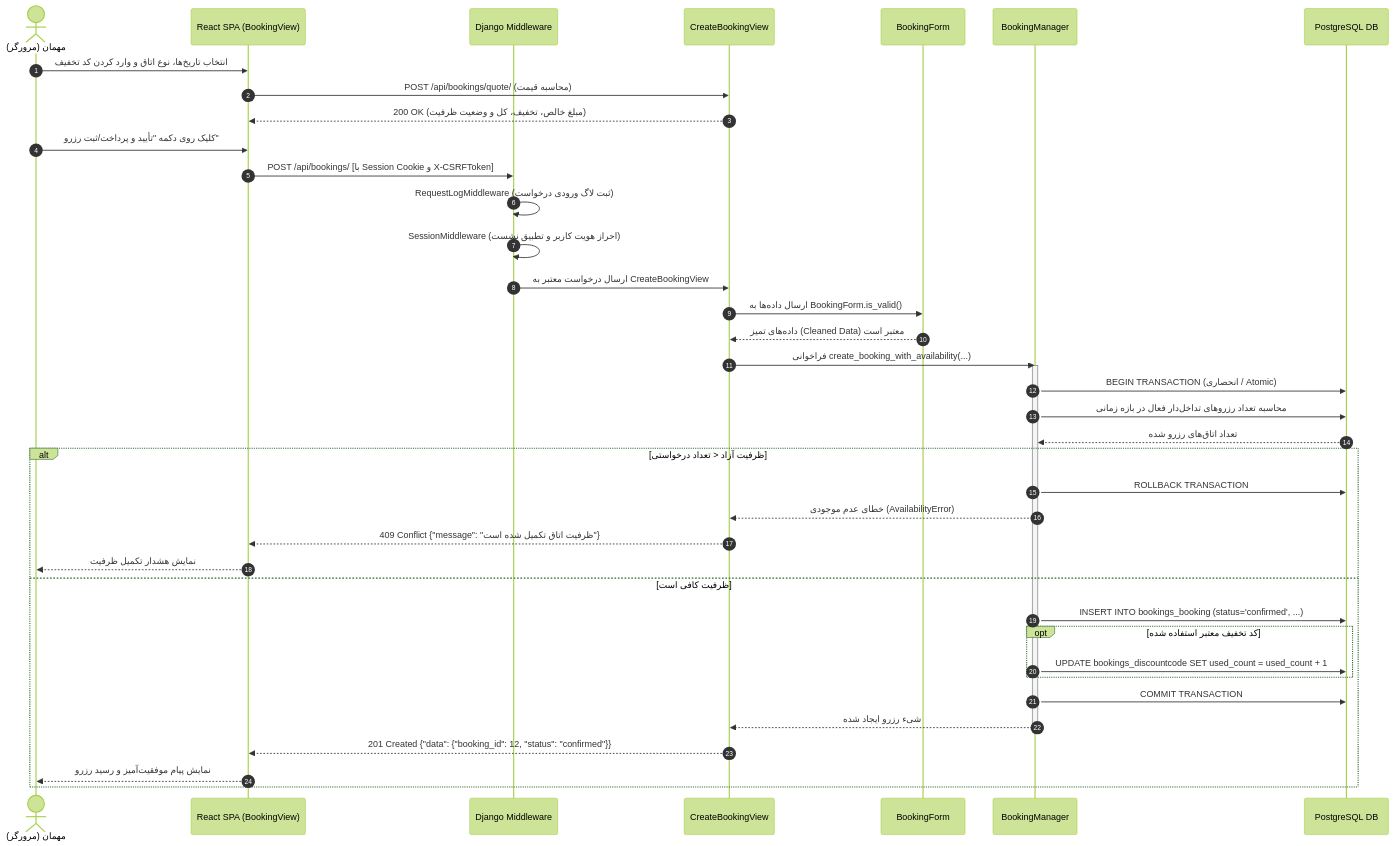
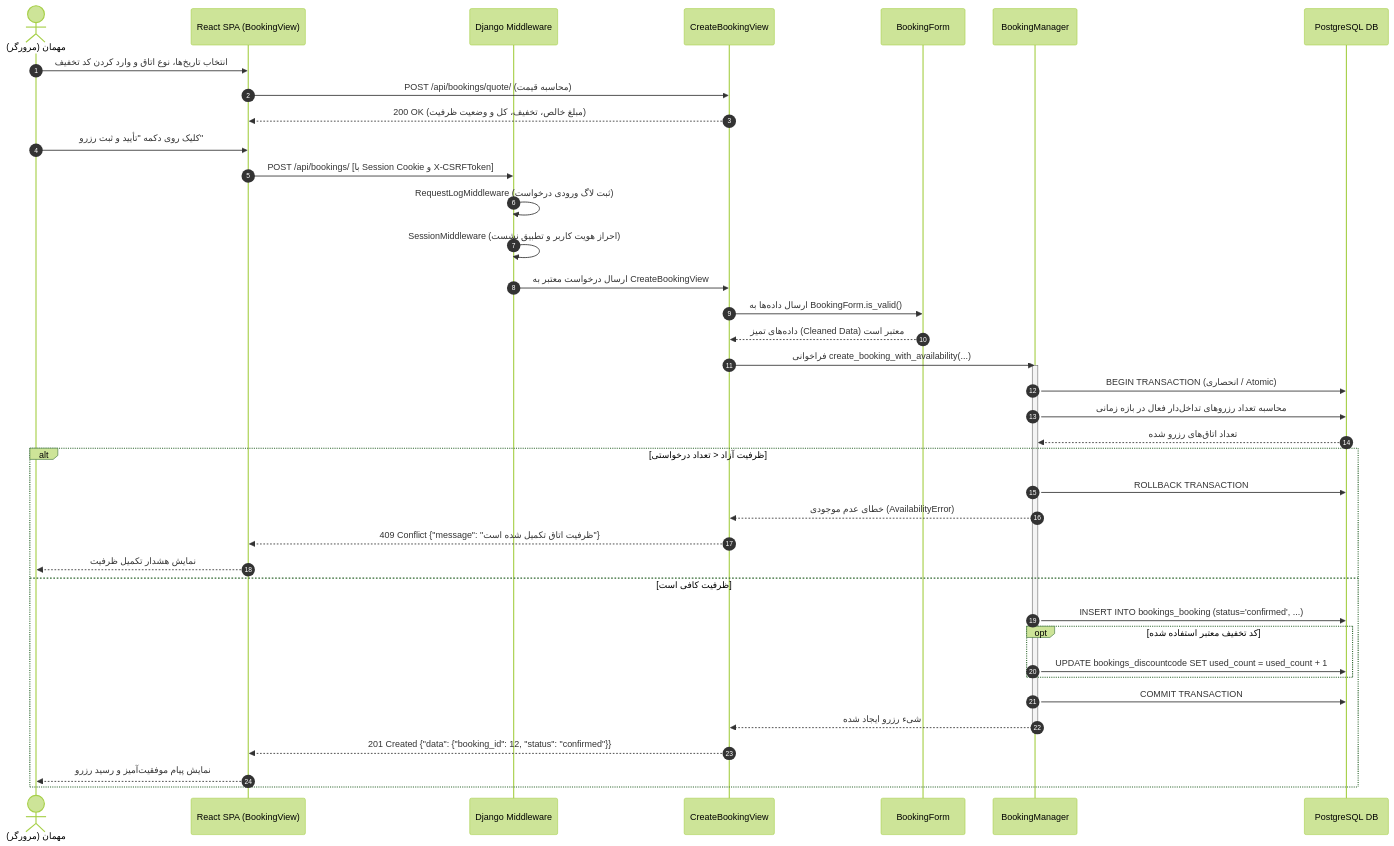
The sixth of 7 diagrams in docs/PROCESS_DIAGRAMS.md (Amirmohammad-sl/hotel-reserve), drawn with Mermaid (forest theme) before and after one commit. The commit also changed other lines of this file and 14 other files, not shown here.

First line of the commit message:
[P1-02] Align process diagrams with professor rubric (#17)

````diff
--- a/docs/PROCESS_DIAGRAMS.md
+++ b/docs/PROCESS_DIAGRAMS.md
@@ -203,43 +448,43 @@
 ```mermaid
 sequenceDiagram
     autonumber
     actor Guest as مهمان (مرورگر)
     participant UI as React SPA (BookingView)
     participant MW as Django Middleware
     participant View as CreateBookingView
     participant Form as BookingForm
     participant Manager as BookingManager
     participant DB as PostgreSQL DB
 
     Guest->>UI: انتخاب تاریخ‌ها، نوع اتاق و وارد کردن کد تخفیف
     UI->>View: POST /api/bookings/quote/ (محاسبه قیمت)
     View-->>UI: 200 OK (مبلغ خالص، تخفیف، کل و وضعیت ظرفیت)
-    Guest->>UI: کلیک روی دکمه "تأیید و پرداخت/ثبت رزرو"
+    Guest->>UI: کلیک روی دکمه "تأیید و ثبت رزرو"
     UI->>MW: POST /api/bookings/ [با Session Cookie و X-CSRFToken]
     MW->>MW: RequestLogMiddleware (ثبت لاگ ورودی درخواست)
     MW->>MW: SessionMiddleware (احراز هویت کاربر و تطبیق نشست)
     MW->>View: ارسال درخواست معتبر به CreateBookingView
     View->>Form: ارسال داده‌ها به BookingForm.is_valid()
     Form-->>View: داده‌های تمیز (Cleaned Data) معتبر است
     View->>Manager: فراخوانی create_booking_with_availability(...)
     activate Manager
     Manager->>DB: BEGIN TRANSACTION (انحصاری / Atomic)
     Manager->>DB: محاسبه تعداد رزروهای تداخل‌دار فعال در بازه زمانی
     DB-->>Manager: تعداد اتاق‌های رزرو شده
     alt ظرفیت آزاد < تعداد درخواستی
         Manager->>DB: ROLLBACK TRANSACTION
         Manager-->>View: خطای عدم موجودی (AvailabilityError)
         View-->>UI: 409 Conflict {"message": "ظرفیت اتاق تکمیل شده است"}
         UI-->>Guest: نمایش هشدار تکمیل ظرفیت
     else ظرفیت کافی است
         Manager->>DB: INSERT INTO bookings_booking (status='confirmed', ...)
         opt کد تخفیف معتبر استفاده شده
             Manager->>DB: UPDATE bookings_discountcode SET used_count = used_count + 1
         end
         Manager->>DB: COMMIT TRANSACTION
         Manager-->>View: شیء رزرو ایجاد شده
         deactivate Manager
         View-->>UI: 201 Created {"data": {"booking_id": 12, "status": "confirmed"}}
         UI-->>Guest: نمایش پیام موفقیت‌آمیز و رسید رزرو
     end
 ```
````
